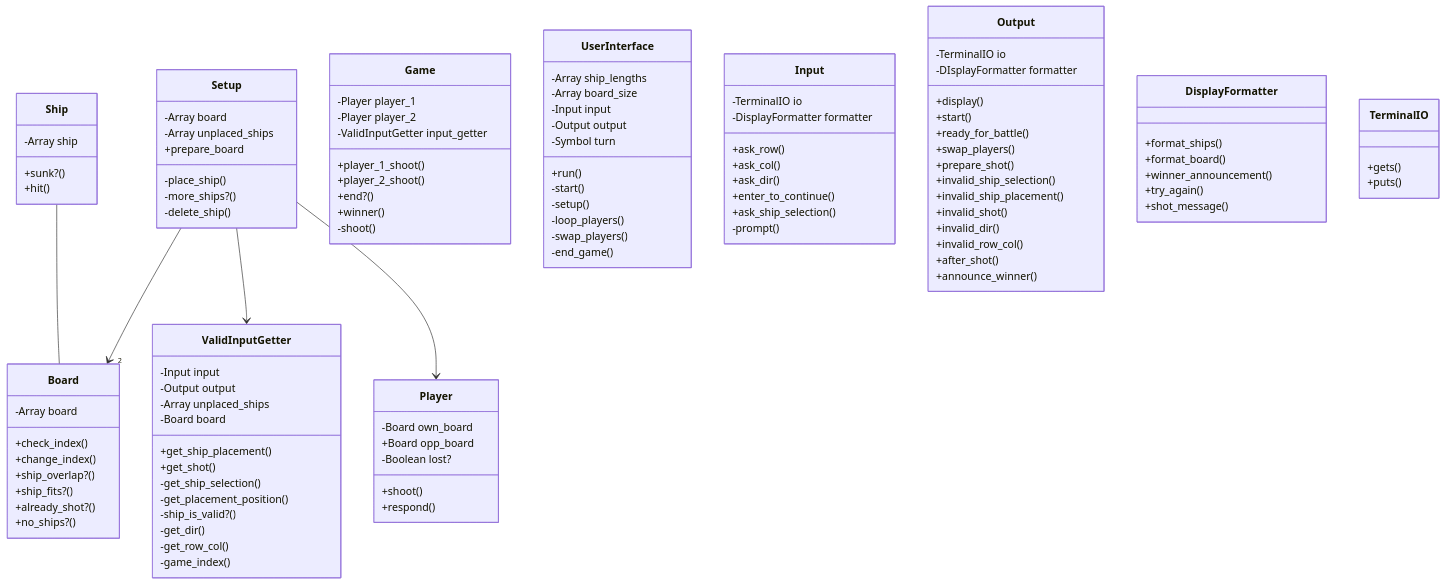
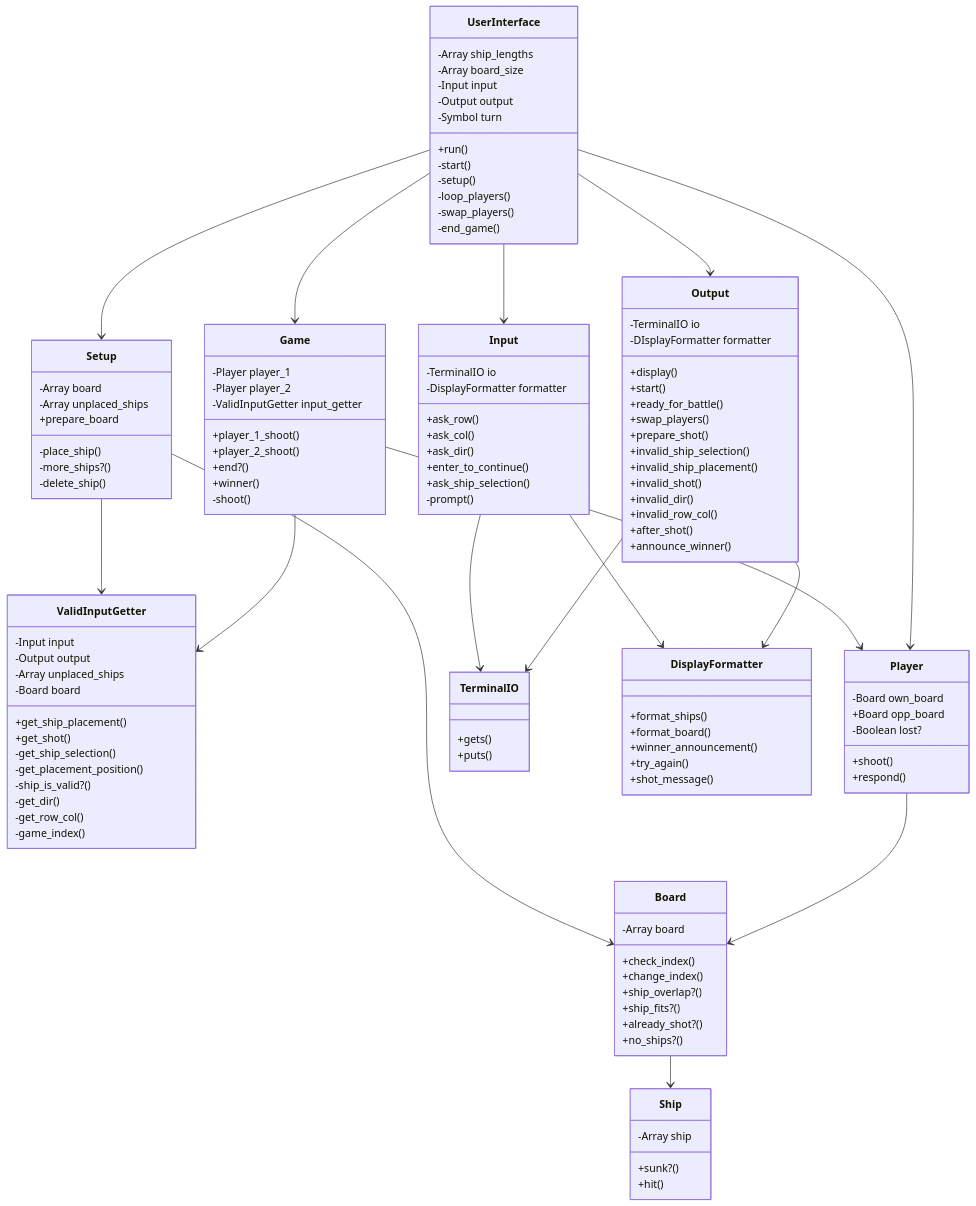
One commit to ritaaktay/battleships changed the diagram in README.md. Above: the diagram before and after it, drawn with Mermaid.

Commit message:
added class relations to class diagram

````diff
--- a/README.md
+++ b/README.md
@@ -1,11 +1,21 @@
 ```mermaid
    classDiagram
-
-   Ship -- Board
-   Setup --> "2" Board
+   Board --> Ship
+   Setup --> Board
    Setup --> ValidInputGetter
-   Setup --> Player
-
+   Player --> Board
+   Game --> Player
+   Game --> ValidInputGetter
+   UserInterface --> Player
+   UserInterface --> Input
+   UserInterface --> Output
+   UserInterface --> Game
+   User Interface --> Setup
+   Input --> TerminalIO
+   Input --> DisplayFormatter
+   Output --> TerminalIO
+   Output --> DisplayFormatter
+   
    class Ship{
       -Array ship
       +sunk?()
````
